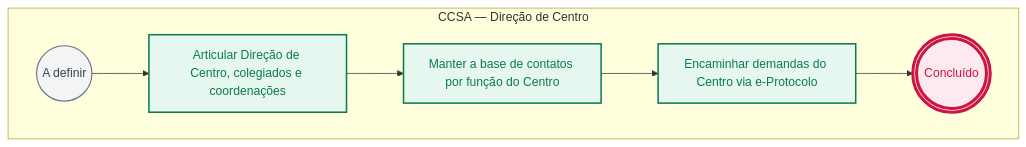
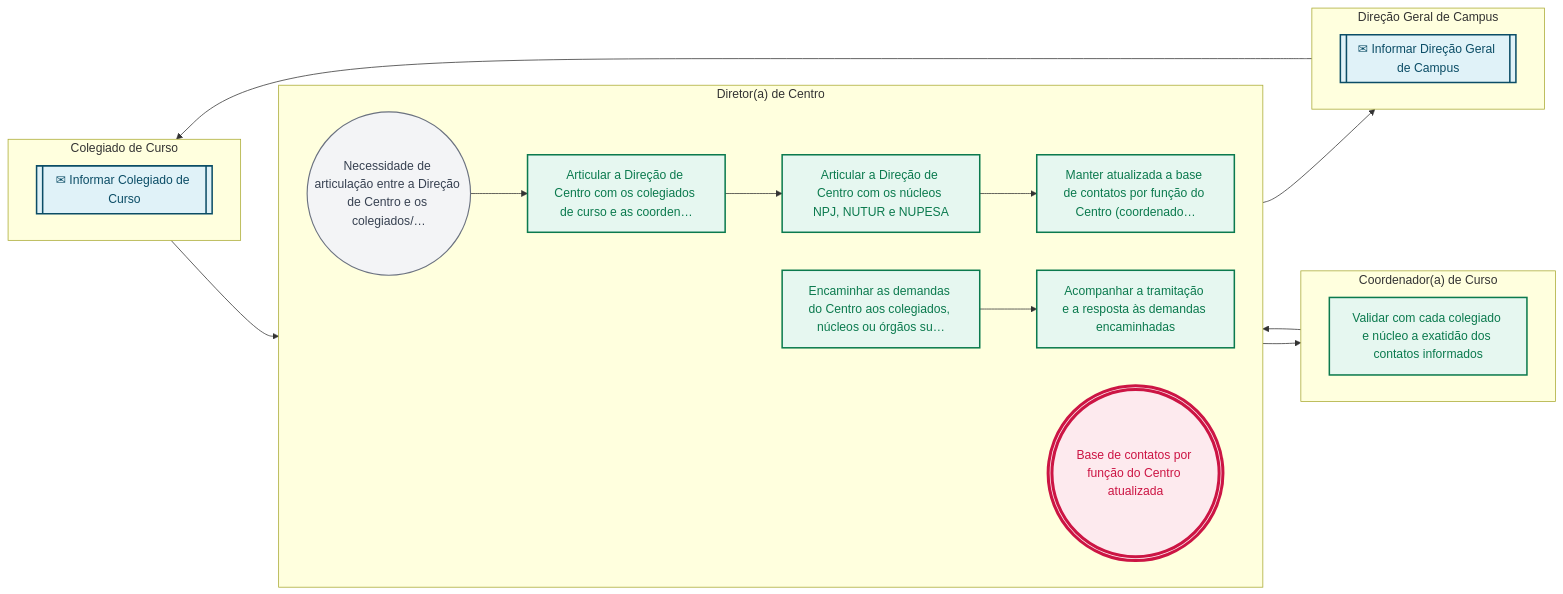
Before and after one commit to jessefers/canvas-vivo-atdg: the second of 2 diagrams in pops/CCSA/CCSA-00.md, drawn with Mermaid. The commit also changed other lines of this file and 17 other files, not shown here.

````diff
--- a/pops/CCSA/CCSA-00.md
+++ b/pops/CCSA/CCSA-00.md
@@ -116,24 +150,44 @@
 ```mermaid
 flowchart LR
-  subgraph R1["CCSA — Direção de Centro"]
+  subgraph R1["Diretor(a) de Centro"]
     direction LR
-    e1(("A definir"))
-    e2["Articular Direção de Centro, colegiados e coordenações"]
-    e3["Manter a base de contatos por função do Centro"]
-    e4["Encaminhar demandas do Centro via e-Protocolo"]
-    e5((("Concluído")))
+    e1(("Necessidade de articulação entre a Direção de Centro e os colegiados/…"))
+    e2["Articular a Direção de Centro com os colegiados de curso e as coorden…"]
+    e3["Articular a Direção de Centro com os núcleos NPJ, NUTUR e NUPESA"]
+    e4["Manter atualizada a base de contatos por função do Centro (coordenado…"]
+    e6["Encaminhar as demandas do Centro aos colegiados, núcleos ou órgãos su…"]
+    e7["Acompanhar a tramitação e a resposta às demandas encaminhadas"]
+    e10((("Base de contatos por função do Centro atualizada")))
+  end
+  subgraph R2["Coordenador(a) de Curso"]
+    direction LR
+    e5["Validar com cada colegiado e núcleo a exatidão dos contatos informados"]
+  end
+  subgraph R3["Direção Geral de Campus"]
+    direction LR
+    e8[["✉ Informar Direção Geral de Campus"]]
+  end
+  subgraph R4["Colegiado de Curso"]
+    direction LR
+    e9[["✉ Informar Colegiado de Curso"]]
   end
   e1 --> e2
   e2 --> e3
   e3 --> e4
   e4 --> e5
+  e5 --> e6
+  e6 --> e7
+  e7 --> e8
+  e8 --> e9
+  e9 --> e10
   classDef inicio fill:#f3f4f6,stroke:#6b7280,stroke-width:1.5px,color:#374151
   classDef atividade fill:#E6F7F0,stroke:#0B7A4E,stroke-width:2px,color:#0B7A4E
   classDef decisao fill:#FFF4ED,stroke:#C9783A,stroke-width:2px,color:#C9783A
   classDef fim fill:#FDEAEE,stroke:#CC1544,stroke-width:4px,color:#CC1544
   classDef pausa fill:#FDEAEE,stroke:#CC1544,stroke-width:2px,color:#CC1544
   classDef captura fill:#E0F2F8,stroke:#0B4D66,stroke-width:2px,color:#0B4D66
   class e1 inicio
-  class e2,e3,e4 atividade
-  class e5 fim
+  class e2,e3,e4,e5,e6,e7 atividade
+  class e8,e9 captura
+  class e10 fim
 ```
````
